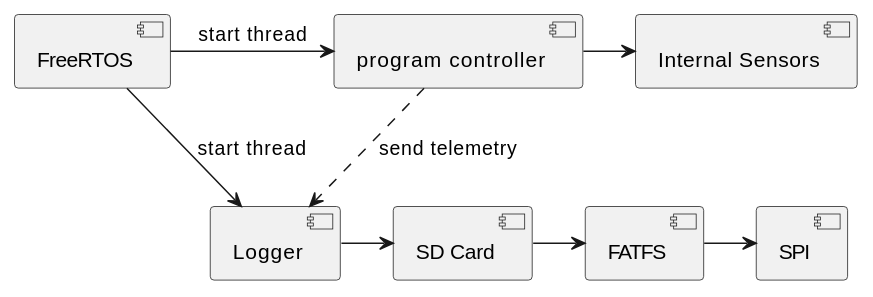
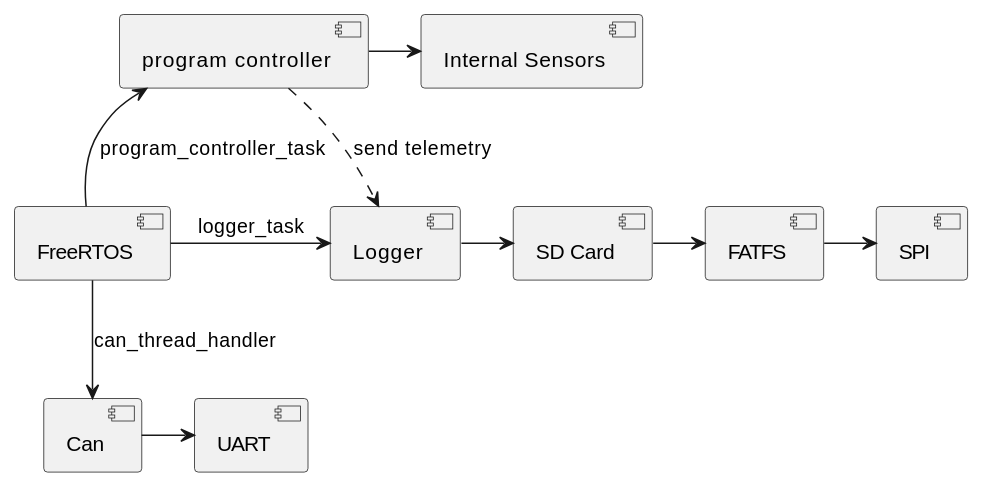
The diagram in docs/software/firmware/index.md (Ge-Wit-t-Oit-Noit-Nie/documentation), drawn with PlantUML before and after one commit. The commit also changed other lines of this file and 1 other file, not shown here.

Commit message:
Describe the CAN Interface Fixes #40

````diff
--- a/docs/software/firmware/index.md
+++ b/docs/software/firmware/index.md
@@ -5,22 +6,27 @@
 ```puml
 @startuml
 
 component [FreeRTOS] as RTOS
 component [program controller] as PC
 component [Logger] as LOGGER
 component [FATFS] as FATFS
 component [SD Card] as SDCard
 component [SPI] as user_diskio_spi
 component [Internal Sensors] as IS
+component [Can] as CAN
+component [UART] as UART
 
-RTOS -> PC : start thread
-RTOS -> LOGGER : start thread
+RTOS -up-> PC : program_controller_task
 PC ..> LOGGER : send telemetry
+PC -right-> IS
 
-PC -> IS
-
-LOGGER -> SDCard
+RTOS -right-> LOGGER : logger_task
+LOGGER -right-> SDCard
 SDCard -> FATFS
 FATFS -> user_diskio_spi
+
+RTOS --> CAN : can_thread_handler
+CAN -> UART
+
 @enduml
 ```
````
